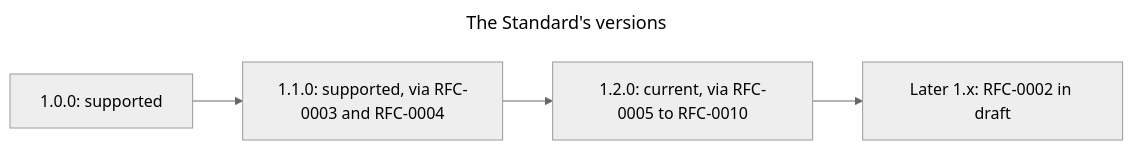
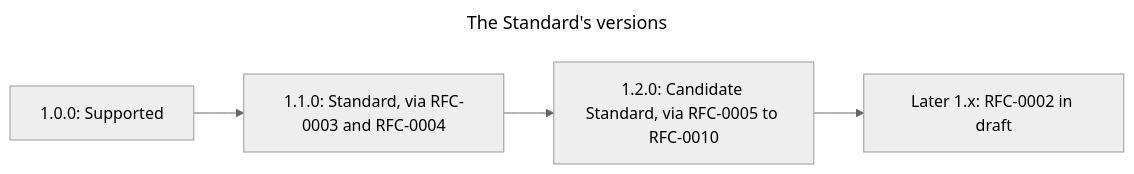
Before and after one commit to synaptiai/agent-capability-standard: the first of 2 diagrams in spec/ROADMAP.md, drawn with Mermaid (neutral theme). The commit also changed other lines of this file and 20 other files, not shown here.

First line of the commit message:
docs(governance): define the statuses of a Standard version

````diff
--- a/spec/ROADMAP.md
+++ b/spec/ROADMAP.md
@@ -78,8 +83,8 @@
 ```mermaid
 ---
 title: The Standard's versions
 ---
 flowchart LR
-  accDescr: Standards 1.0.0 and 1.1.0 are supported; 1.1.0 was accepted through RFC-0003 and RFC-0004; 1.2.0, accepted through RFC-0005 to RFC-0010, is the current candidate; RFC-0002 is a draft for a later 1.x version.
-  v10["1.0.0: supported"] --> v11["1.1.0: supported, via RFC-0003 and RFC-0004"] --> v12["1.2.0: current, via RFC-0005 to RFC-0010"] --> v1x["Later 1.x: RFC-0002 in draft"]
+  accDescr: Standard 1.0.0 is supported; 1.1.0, accepted through RFC-0003 and RFC-0004, is the released Standard; 1.2.0, accepted through RFC-0005 to RFC-0010, is a Candidate Standard; RFC-0002 is a draft for a later 1.x version.
+  v10["1.0.0: Supported"] --> v11["1.1.0: Standard, via RFC-0003 and RFC-0004"] --> v12["1.2.0: Candidate Standard, via RFC-0005 to RFC-0010"] --> v1x["Later 1.x: RFC-0002 in draft"]
 ```
````
